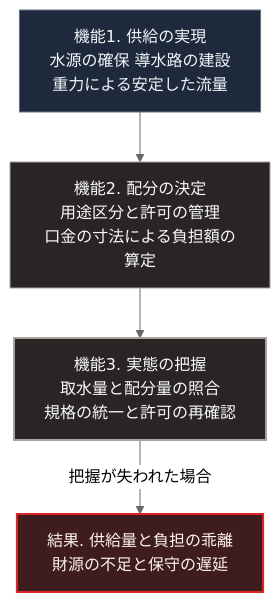
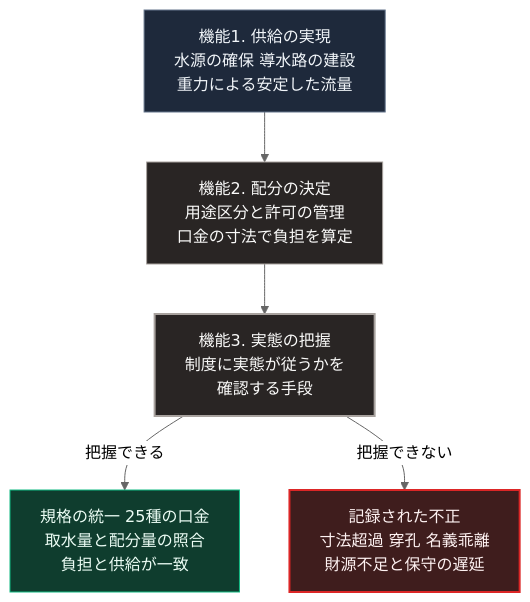
Before and after one commit to Takenori-Kusaka/zenn-content: the diagram in books/sovereign-resilience-blueprint/02_ancient-water-infrastructure.md, drawn with Mermaid (neutral theme). The commit also changed other lines of this file and 114 other files, not shown here.

````diff
--- a/books/sovereign-resilience-blueprint/02_ancient-water-infrastructure.md
+++ b/books/sovereign-resilience-blueprint/02_ancient-water-infrastructure.md
@@ -69,12 +69,14 @@
 ```mermaid
 flowchart TD
     A[機能1. 供給の実現<br>水源の確保 導水路の建設<br>重力による安定した流量]
-    A --> B[機能2. 配分の決定<br>用途区分と許可の管理<br>口金の寸法による負担額の算定]
-    B --> C[機能3. 実態の把握<br>取水量と配分量の照合<br>規格の統一と許可の再確認]
-    C -->|把握が失われた場合| D[結果. 供給量と負担の乖離<br>財源の不足と保守の遅延]
+    A --> B[機能2. 配分の決定<br>用途区分と許可の管理<br>口金の寸法で負担を算定]
+    B --> C[機能3. 実態の把握<br>制度に実態が従うかを<br>確認する手段]
+    C -->|把握できる| D1[規格の統一 25種の口金<br>取水量と配分量の照合<br>負担と供給が一致]
+    C -->|把握できない| D2[記録された不正<br>寸法超過 穿孔 名義乖離<br>財源不足と保守の遅延]
 
     style A fill:#1e293b,stroke:#64748b,color:#f1f5f9
     style B fill:#292524,stroke:#a8a29e,color:#fafaf9
     style C fill:#292524,stroke:#a8a29e,stroke-width:2px,color:#fafaf9
-    style D fill:#3f1d1d,stroke:#dc2626,stroke-width:2px,color:#fef2f2
+    style D1 fill:#0f3d2e,stroke:#10b981,color:#ecfdf5
+    style D2 fill:#3f1d1d,stroke:#dc2626,stroke-width:2px,color:#fef2f2
 ```
````
